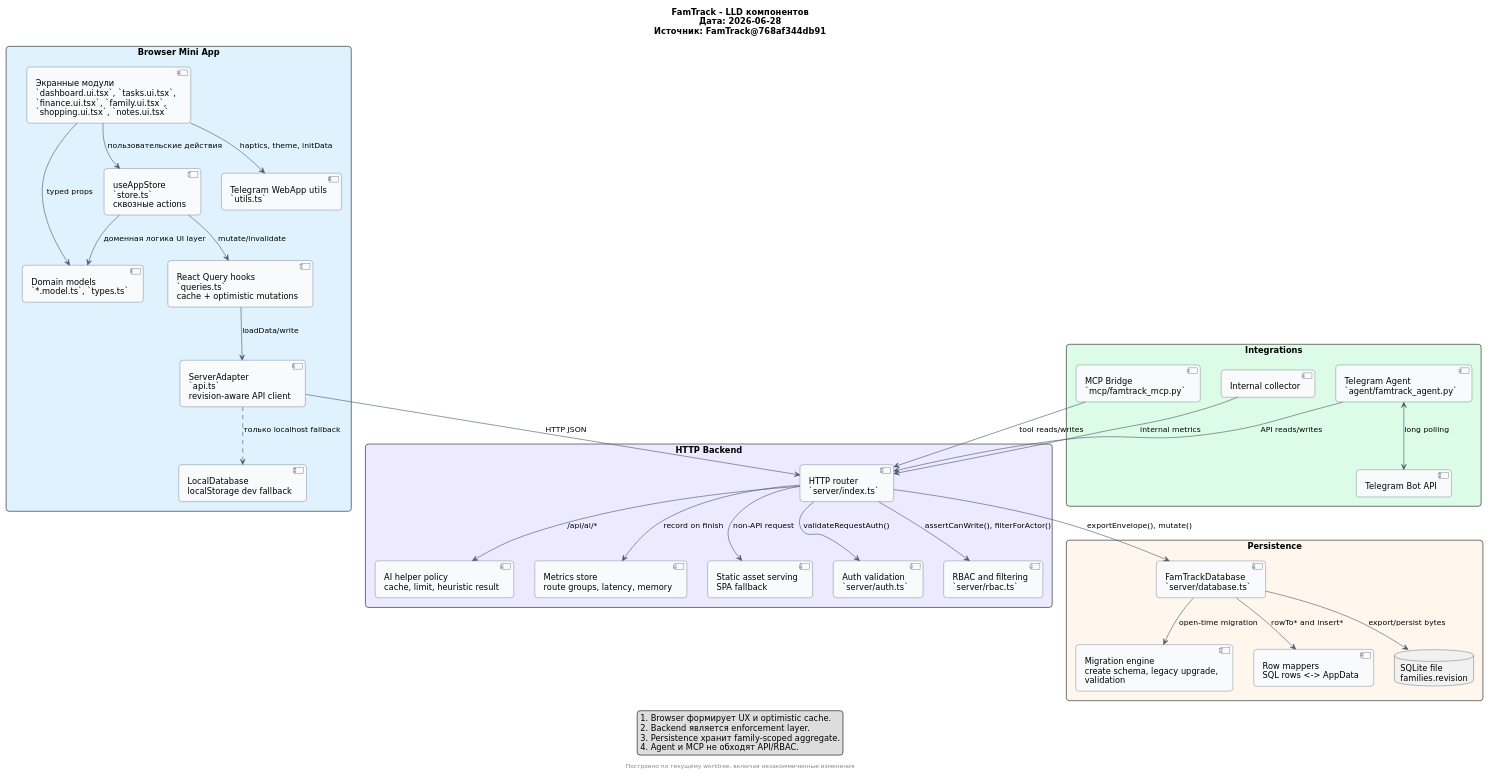
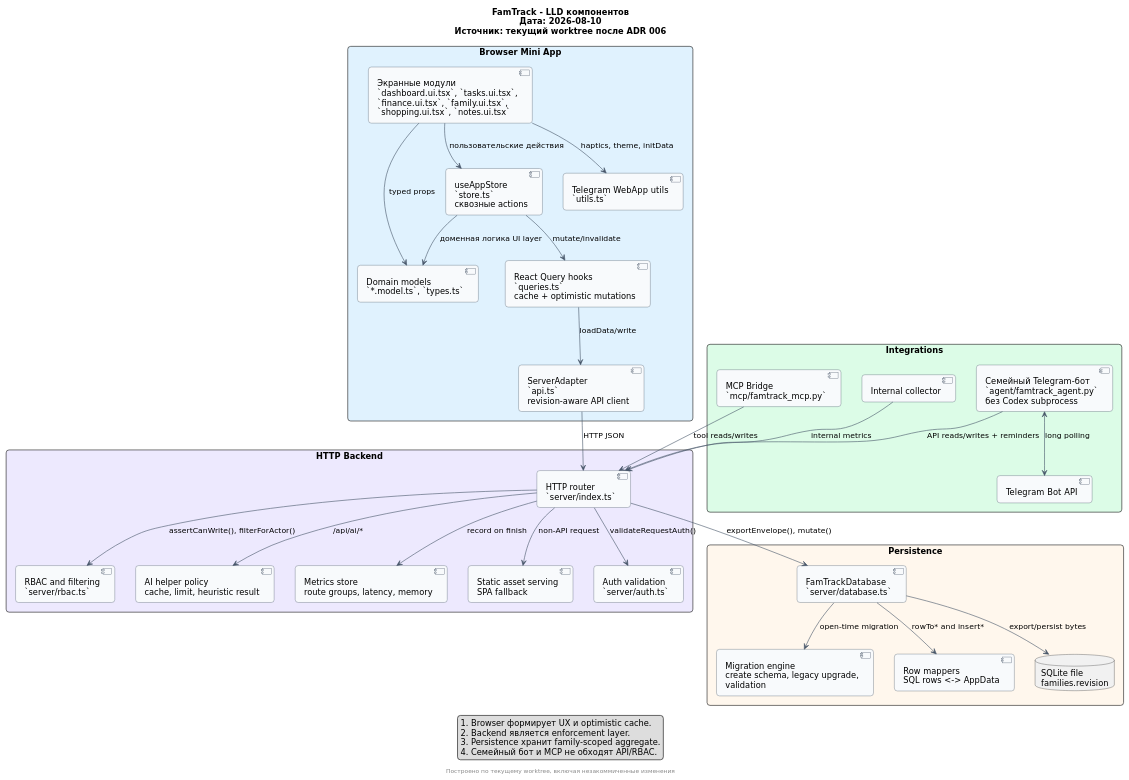
One commit to NaqpaniA/FamTrack changed the diagram in docs/architecture/diagrams/component-lld.puml. Above: the diagram before and after it, drawn with PlantUML. The commit also changed other lines of this file and 44 other files, not shown here.

```diff
--- a/docs/architecture/diagrams/component-lld.puml
+++ b/docs/architecture/diagrams/component-lld.puml
@@ -1,85 +1,83 @@
 @startuml
 title
 FamTrack - LLD компонентов
-Дата: 2026-06-28
-Источник: FamTrack@768af344db91
+Дата: 2026-08-10
+Источник: текущий worktree после ADR 006
 end title
 footer Построено по текущему worktree, включая незакоммиченные изменения
 
 skinparam shadowing false
 skinparam roundcorner 10
 skinparam defaultFontName "DejaVu Sans"
 skinparam packageStyle rectangle
 skinparam ArrowColor #475569
 skinparam component {
   BackgroundColor #F8FAFC
   BorderColor #334155
 }
 
 package "Browser Mini App" as Browser #E0F2FE {
   [Экранные модули\n`dashboard.ui.tsx`, `tasks.ui.tsx`,\n`finance.ui.tsx`, `family.ui.tsx`,\n`shopping.ui.tsx`, `notes.ui.tsx`] as Screens
   [useAppStore\n`store.ts`\nсквозные actions] as Store
   [React Query hooks\n`queries.ts`\ncache + optimistic mutations] as Queries
   [ServerAdapter\n`api.ts`\nrevision-aware API client] as ApiAdapter
   [Domain models\n`*.model.ts`, `types.ts`] as Models
   [Telegram WebApp utils\n`utils.ts`] as TwaUtils
-  [LocalDatabase\nlocalStorage dev fallback] as LocalDb
 }
 
 package "HTTP Backend" as Server #EDE9FE {
   [HTTP router\n`server/index.ts`] as Router
   [Auth validation\n`server/auth.ts`] as Auth
   [RBAC and filtering\n`server/rbac.ts`] as Rbac
   [AI helper policy\ncache, limit, heuristic result] as AiHelpers
   [Metrics store\nroute groups, latency, memory] as Metrics
   [Static asset serving\nSPA fallback] as StaticAssets
 }
 
 package "Persistence" as Persistence #FFF7ED {
   [FamTrackDatabase\n`server/database.ts`] as Database
   [Migration engine\ncreate schema, legacy upgrade,\nvalidation] as Migrations
   [Row mappers\nSQL rows <-> AppData] as RowMappers
   database "SQLite file\nfamilies.revision" as SqliteFile
 }
 
 package "Integrations" as Integrations #DCFCE7 {
-  [Telegram Agent\n`agent/famtrack_agent.py`] as Agent
+  [Семейный Telegram-бот\n`agent/famtrack_agent.py`\nбез Codex subprocess] as FamilyBot
   [MCP Bridge\n`mcp/famtrack_mcp.py`] as Mcp
   [Telegram Bot API] as TelegramApi
   [Internal collector] as Collector
 }
 
 Screens --> Store : пользовательские действия
 Store --> Queries : mutate/invalidate
 Queries --> ApiAdapter : loadData/write
 ApiAdapter --> Router : HTTP JSON
-ApiAdapter ..> LocalDb : только localhost fallback
 
 Screens --> Models : typed props
 Store --> Models : доменная логика UI layer
 Screens --> TwaUtils : haptics, theme, initData
 
 Router --> Auth : validateRequestAuth()
 Router --> Rbac : assertCanWrite(), filterForActor()
 Router --> AiHelpers : /api/ai/*
 Router --> Metrics : record on finish
 Router --> StaticAssets : non-API request
 Router --> Database : exportEnvelope(), mutate()
 
 Database --> Migrations : open-time migration
 Database --> RowMappers : rowTo* and insert*
 Database --> SqliteFile : export/persist bytes
 
-Agent <--> TelegramApi : long polling
-Agent --> Router : API reads/writes
+FamilyBot <--> TelegramApi : long polling
+FamilyBot --> Router : API reads/writes + reminders
 Mcp --> Router : tool reads/writes
 Collector --> Router : internal metrics
 
 legend bottom
   1. Browser формирует UX и optimistic cache.
   2. Backend является enforcement layer.
   3. Persistence хранит family-scoped aggregate.
-  4. Agent и MCP не обходят API/RBAC.
+  4. Семейный бот и MCP не обходят API/RBAC.
 endlegend
 
 @enduml
```
